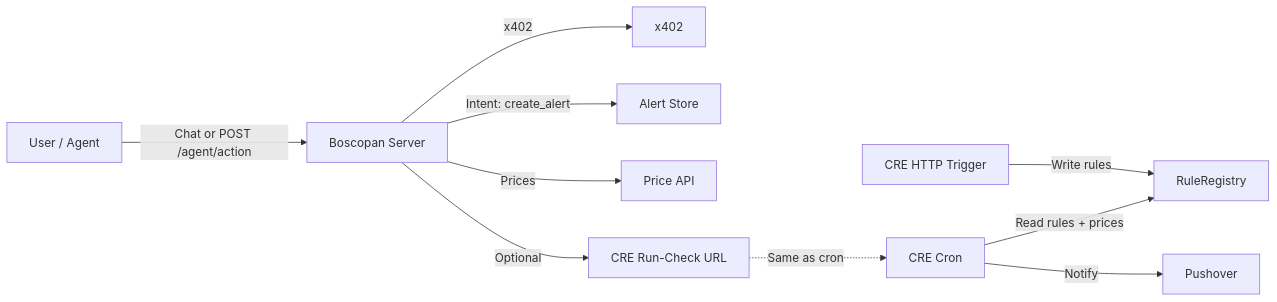
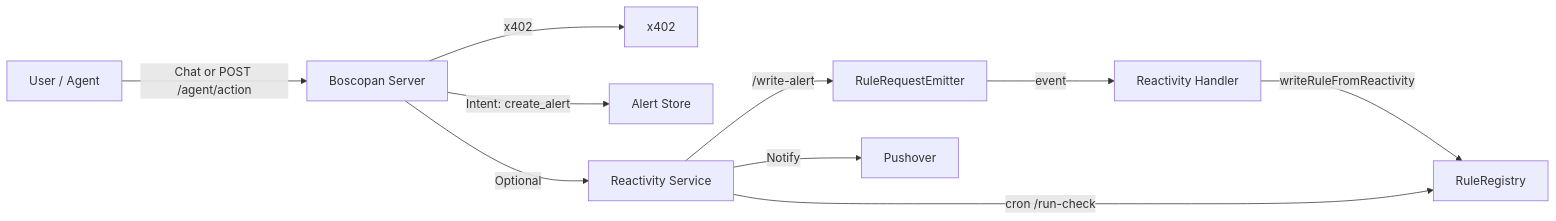
One commit to hoepeyemi/pollusk changed the diagram in README.md. Above: the diagram before and after it, drawn with Mermaid. The commit also changed other lines of this file and 56 other files, not shown here.

Commit message:
feat: somnia reactivity & X402 alert impl.

````diff
--- a/README.md
+++ b/README.md
@@ -50,12 +48,12 @@
 ```mermaid
 flowchart LR
     User[User / Agent] -->|Chat or POST /agent/action| Server[Boscopan Server]
     Server -->|x402| Payments[x402]
     Server -->|Intent: create_alert| Alerts[Alert Store]
-    Server -->|Prices| PriceService[Price API]
-    Server -->|Optional| CRE_RUN[CRE Run-Check URL]
-    CRE_HTTP[CRE HTTP Trigger] -->|Write rules| Contract[RuleRegistry]
-    CRE_Cron[CRE Cron] -->|Read rules + prices| Contract
-    CRE_Cron -->|Notify| Pushover[Pushover]
-    CRE_RUN -.->|Same as cron| CRE_Cron
+    Server -->|Optional| Reactivity[Reactivity Service]
+    Reactivity -->|/write-alert| Emitter[RuleRequestEmitter]
+    Emitter -->|event| Handler[Reactivity Handler]
+    Handler -->|writeRuleFromReactivity| Contract[RuleRegistry]
+    Reactivity -->|cron /run-check| Contract
+    Reactivity -->|Notify| Pushover[Pushover]
 ```
````
